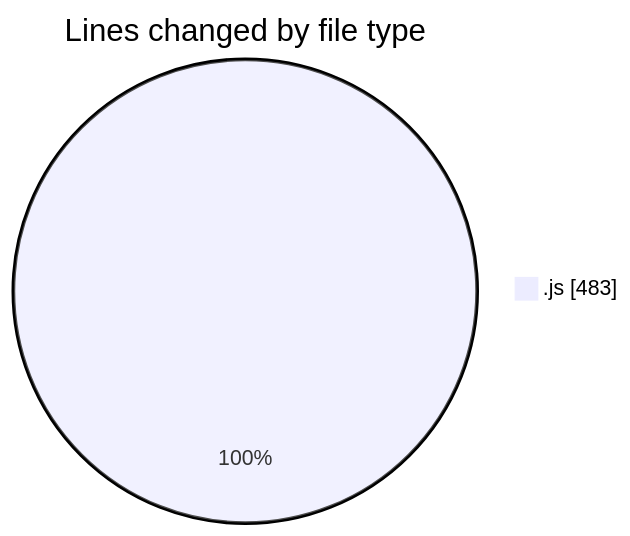
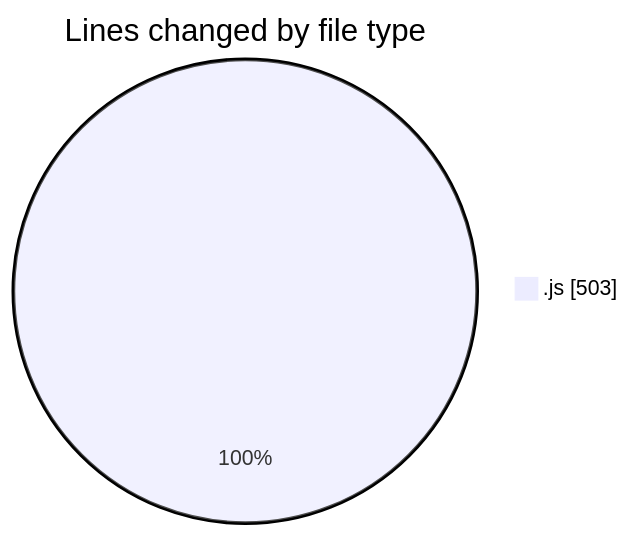
The first of 2 diagrams in 2025-07-20/mern-workoutboard/README.md (Ritupan-Deka/code-tracking), drawn with Mermaid before and after one commit. The commit also changed other lines of this file and 1 other file, not shown here.

````diff
--- a/2025-07-20/mern-workoutboard/README.md
+++ b/2025-07-20/mern-workoutboard/README.md
@@ -25,5 +25,5 @@
 ```mermaid
 pie showData
 title Lines changed by file type
-".js" : 483
+".js" : 503
 ```
````
